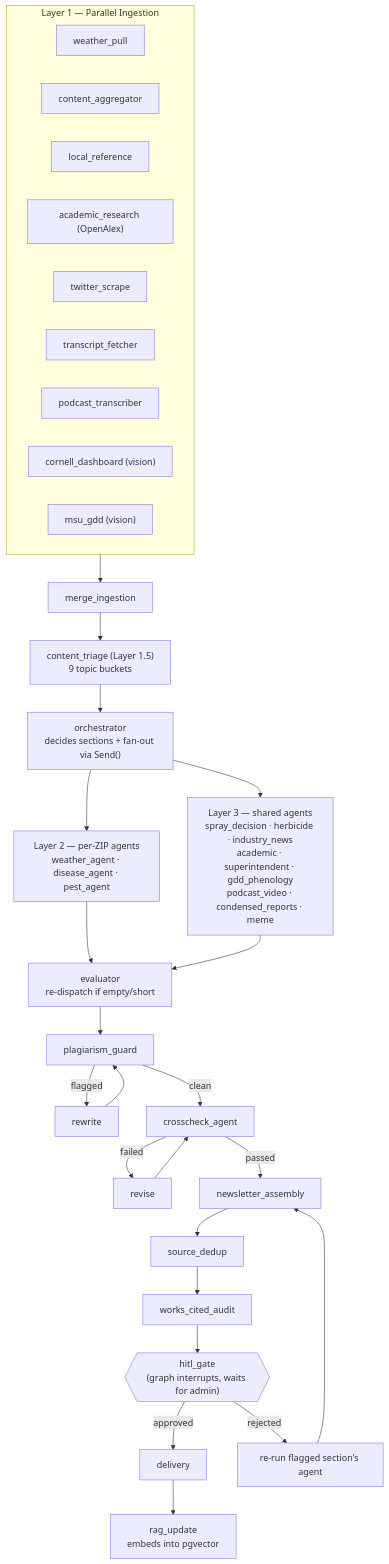
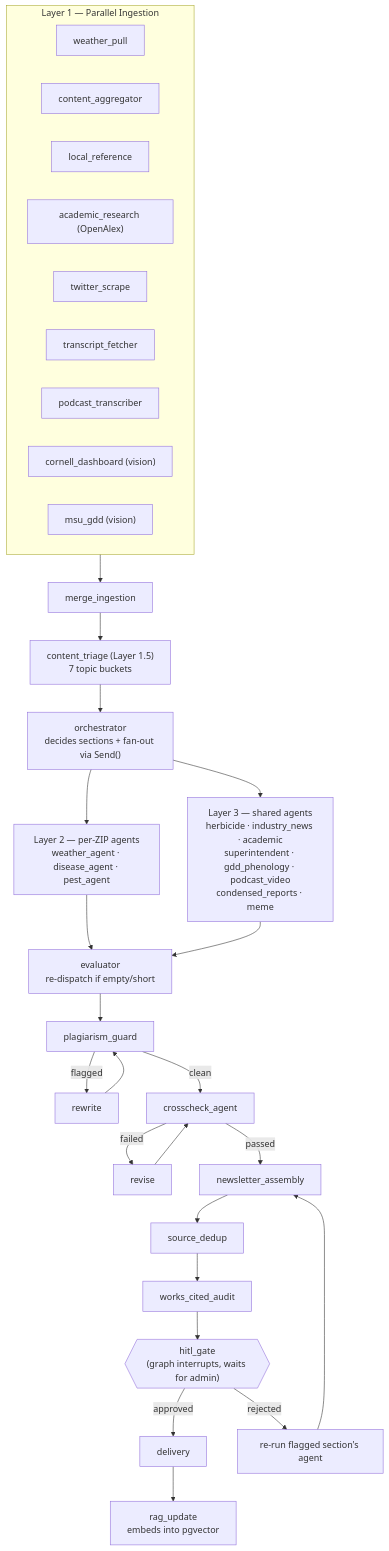
The diagram in README.md (massadraza/Turfgrass-Newsletter-Agentic-Workflow-docs), drawn with Mermaid before and after one commit. The commit also changed other lines of this file, not shown here.

Commit message:
Remove spray_decision_agent from architecture (folded into disease bucket)

````diff
--- a/README.md
+++ b/README.md
@@ -13,41 +13,41 @@
 ```mermaid
 flowchart TD
     subgraph L1["Layer 1 — Parallel Ingestion"]
         direction LR
         A1[weather_pull]
         A2[content_aggregator]
         A3[local_reference]
         A4["academic_research (OpenAlex)"]
         A5[twitter_scrape]
         A6[transcript_fetcher]
         A7[podcast_transcriber]
         A8["cornell_dashboard (vision)"]
         A9["msu_gdd (vision)"]
     end
 
     L1 --> M[merge_ingestion]
-    M --> T["content_triage (Layer 1.5)<br/>9 topic buckets"]
+    M --> T["content_triage (Layer 1.5)<br/>7 topic buckets"]
     T --> O["orchestrator<br/>decides sections + fan-out via Send()"]
 
     O --> L2Z["Layer 2 — per-ZIP agents<br/>weather_agent · disease_agent · pest_agent"]
-    O --> L3S["Layer 3 — shared agents<br/>spray_decision · herbicide · industry_news<br/>academic · superintendent · gdd_phenology<br/>podcast_video · condensed_reports · meme"]
+    O --> L3S["Layer 3 — shared agents<br/>herbicide · industry_news · academic<br/>superintendent · gdd_phenology · podcast_video<br/>condensed_reports · meme"]
 
     L2Z --> E[evaluator<br/>re-dispatch if empty/short]
     L3S --> E
 
     E --> PG["plagiarism_guard"]
     PG -- flagged --> RW[rewrite] --> PG
     PG -- clean --> CC["crosscheck_agent"]
     CC -- failed --> RV[revise] --> CC
     CC -- passed --> NA["newsletter_assembly"]
 
     NA --> SD[source_dedup]
     SD --> WCA[works_cited_audit]
     WCA --> HG{{"hitl_gate<br/>(graph interrupts, waits for admin)"}}
 
     HG -- approved --> DEL[delivery]
     DEL --> RAG["rag_update<br/>embeds into pgvector"]
 
     HG -- rejected --> RR["re-run flagged section's agent"]
     RR --> NA
 ```
````
